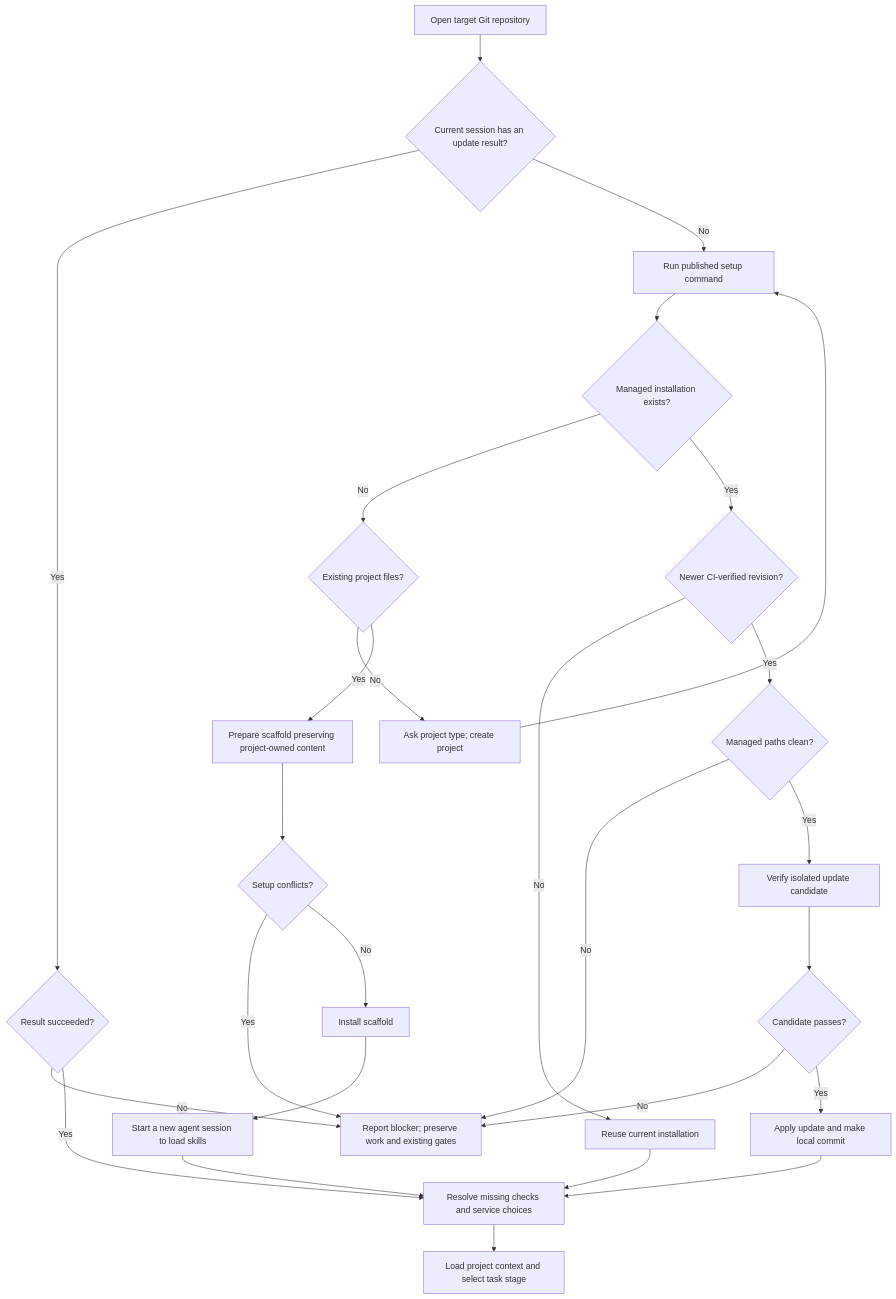
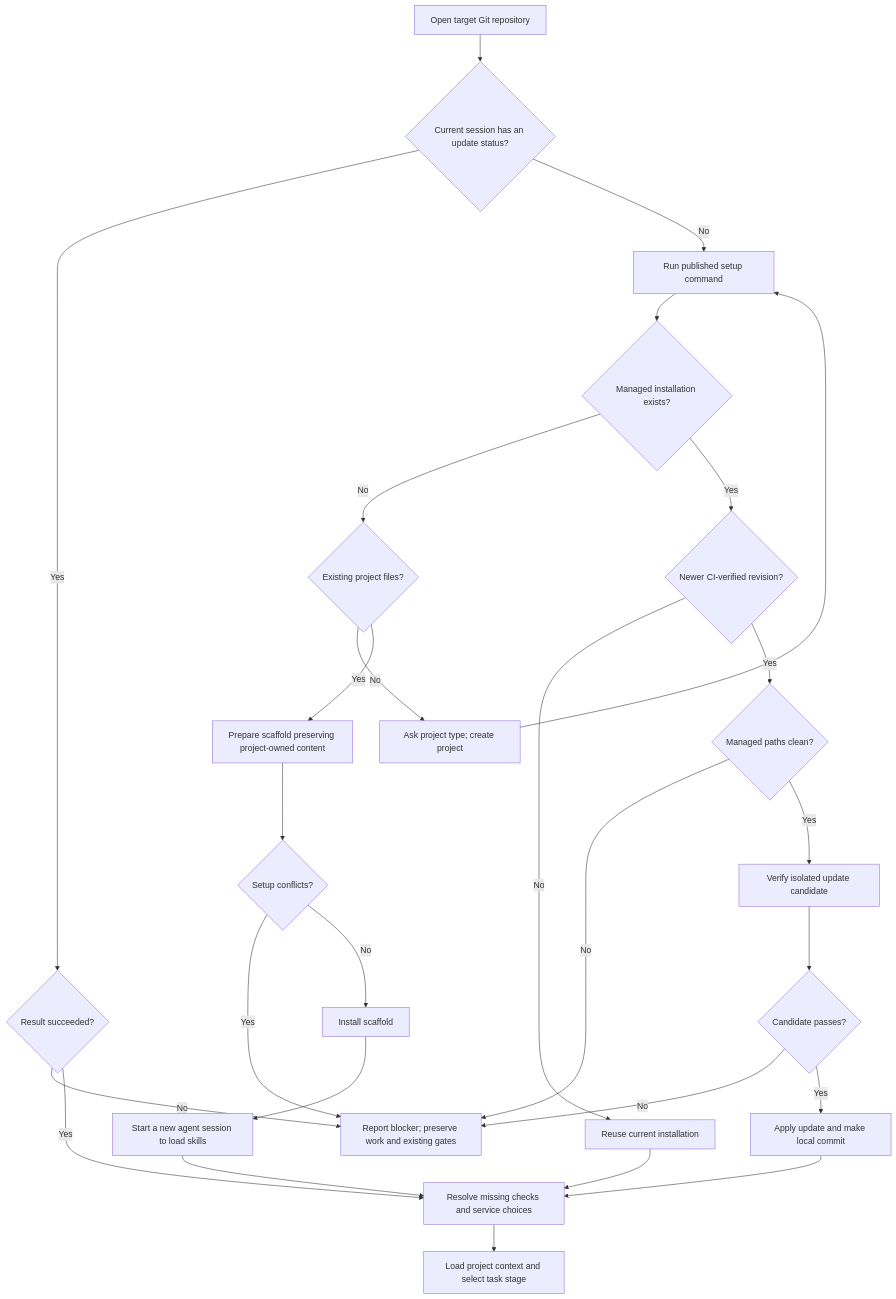
One commit to sgaabdu4/hard-eng changed the first of 7 diagrams in README.md. Above: the diagram before and after it, drawn with Mermaid. The commit also changed other lines of this file and 17 other files, not shown here.

````diff
--- a/README.md
+++ b/README.md
@@ -30,29 +30,29 @@
 ```mermaid
 flowchart TD
-  A[Open target Git repository] --> B{Current session has an update result?}
+  A[Open target Git repository] --> B{Current session has an update status?}
   B -->|Yes| R{Result succeeded?}
   B -->|No| C[Run published setup command]
   C --> D{Managed installation exists?}
   D -->|No| E{Existing project files?}
   E -->|No| N[Ask project type; create project]
   N --> C
   E -->|Yes| P[Prepare scaffold preserving project-owned content]
   P --> F{Setup conflicts?}
   F -->|Yes| X[Report blocker; preserve work and existing gates]
   F -->|No| I[Install scaffold]
   D -->|Yes| V{Newer CI-verified revision?}
   V -->|No| H[Reuse current installation]
   V -->|Yes| M{Managed paths clean?}
   M -->|No| X
   M -->|Yes| T[Verify isolated update candidate]
   T --> Q{Candidate passes?}
   Q -->|No| X
   Q -->|Yes| U[Apply update and make local commit]
   R -->|No| X
   R -->|Yes| Z[Resolve missing checks and service choices]
   I --> S[Start a new agent session to load skills]
   S --> Z
   H --> Z
   U --> Z
   Z --> W[Load project context and select task stage]
 ```
````
